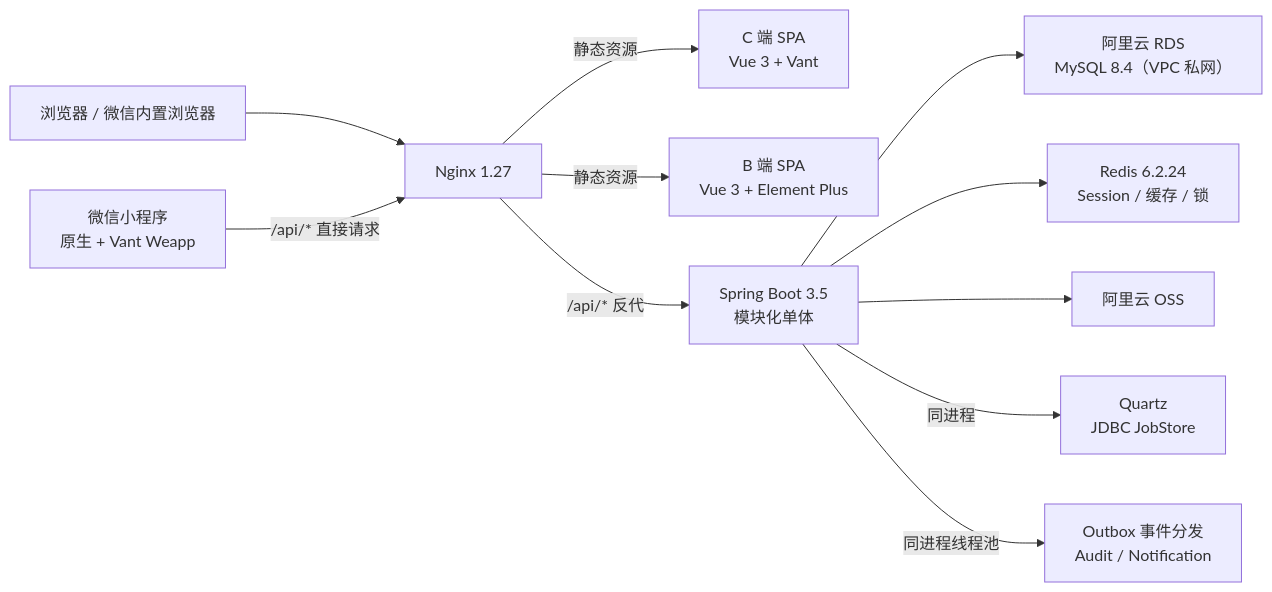
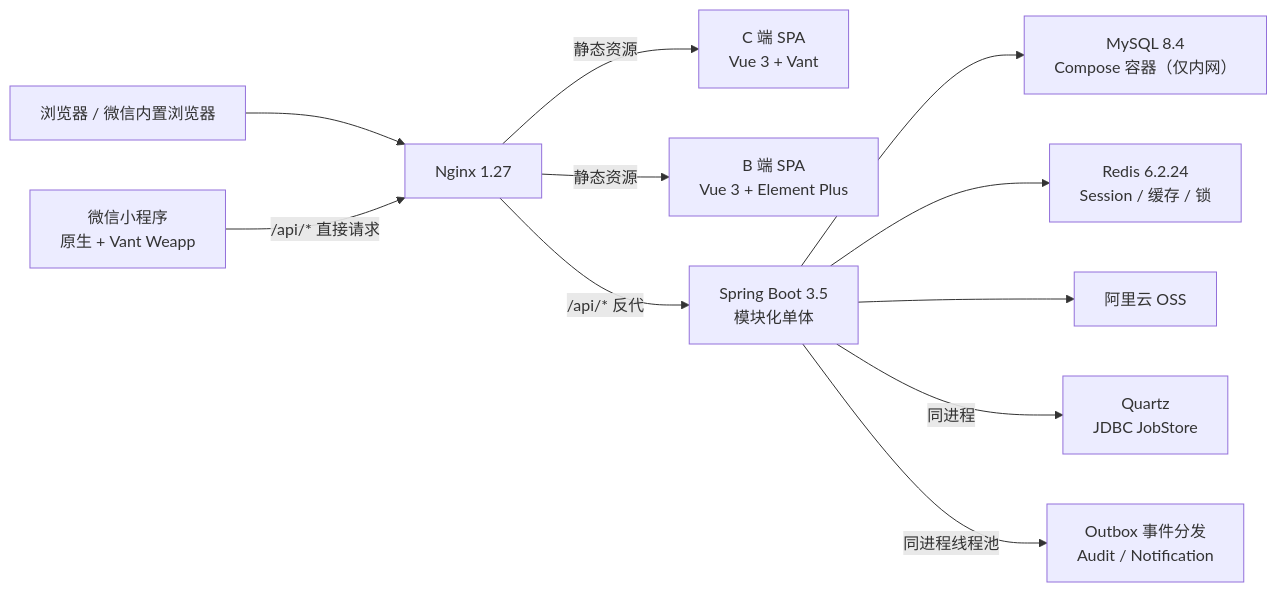
One commit to zhouyacheng/yunhefc changed the first of 7 diagrams in docs/design/03.整体架构设计.md. Above: the diagram before and after it, drawn with Mermaid. The commit also changed other lines of this file and 18 other files, not shown here.

First line of the commit message:
feat(deploy): 生产数据库改用 Compose 内自建 MySQL 8.4（P-168）

````diff
--- a/docs/design/03.整体架构设计.md
+++ b/docs/design/03.整体架构设计.md
@@ -113,13 +113,13 @@
 ```mermaid
 flowchart LR
   Browser["浏览器 / 微信内置浏览器"] --> Nginx["Nginx 1.27"]
   Nginx -->|"静态资源"| Web["C 端 SPA<br/>Vue 3 + Vant"]
   Nginx -->|"静态资源"| Admin["B 端 SPA<br/>Vue 3 + Element Plus"]
   Mini["微信小程序<br/>原生 + Vant Weapp"] -->|"/api/* 直接请求"| Nginx
   Nginx -->|"/api/* 反代"| App["Spring Boot 3.5<br/>模块化单体"]
-  App --> RDS["阿里云 RDS<br/>MySQL 8.4（VPC 私网）"]
+  App --> MySQL["MySQL 8.4<br/>Compose 容器（仅内网）"]
   App --> Redis["Redis 6.2.24<br/>Session / 缓存 / 锁"]
   App --> OSS["阿里云 OSS"]
   App -->|"同进程"| Quartz["Quartz<br/>JDBC JobStore"]
   App -->|"同进程线程池"| Dispatch["Outbox 事件分发<br/>Audit / Notification"]
 ```
````
